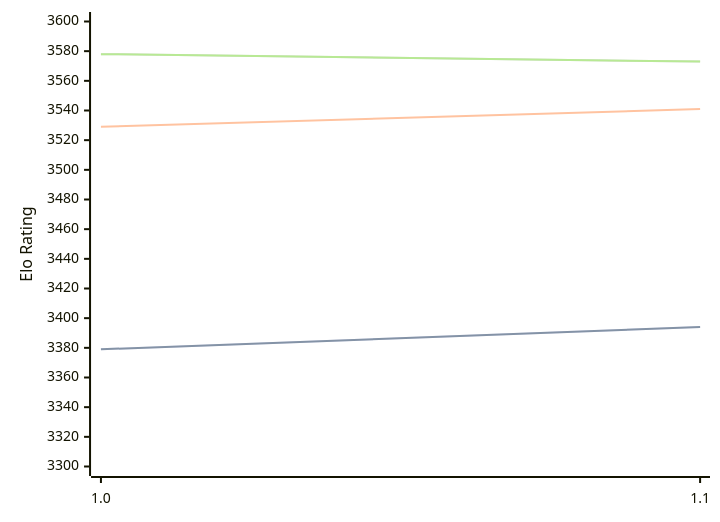
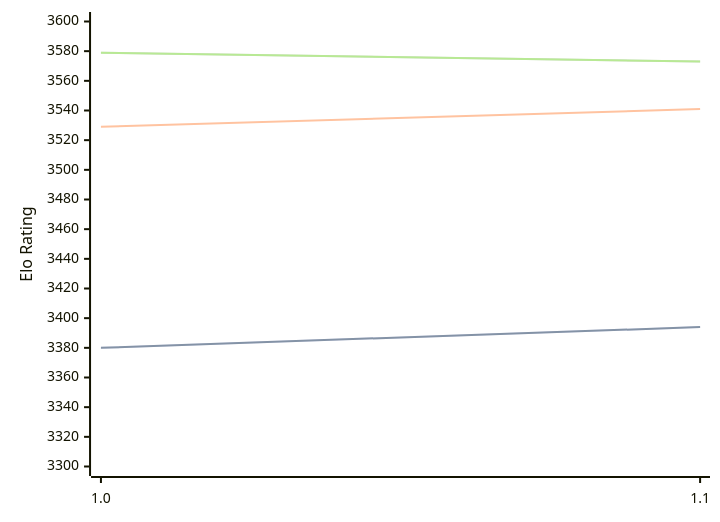
The diagram in engines/Horsie.md (computer-chess-index/cci), drawn with Mermaid before and after one commit. The commit also changed other lines of this file, not shown here.

Commit message:
Update CCI Ratings (ELO VLTC) - 2026-05-03

````diff
--- a/engines/Horsie.md
+++ b/engines/Horsie.md
@@ -32,11 +32,11 @@
 ```mermaid
 %%{init: {"theme":"base","themeVariables":{"seriesColors:['#a3a3a3','#222221','#faa371']}}}%%
 xychart-beta
   x-axis ["1.0", "1.1"]
   y-axis "Elo Rating" 3300 --> 3600
-  line "STC (8.0+0.08s)" [3379, 3394]
-  line "STC (8.0+0.08s)" [3379, 3394]
+  line "STC (8.0+0.08s)" [3380, 3394]
+  line "STC (8.0+0.08s)" [3380, 3394]
   line "LTC (60.0+0.60s)" [3529, 3541]
-  line "VLTC (2m24s+1.12s)" [3578, 3573]
-  line "VLTC (2m24s+1.12s)" [3578, 3573]
+  line "VLTC (2m24s+1.12s)" [3579, 3573]
+  line "VLTC (2m24s+1.12s)" [3579, 3573]
 ```
````
